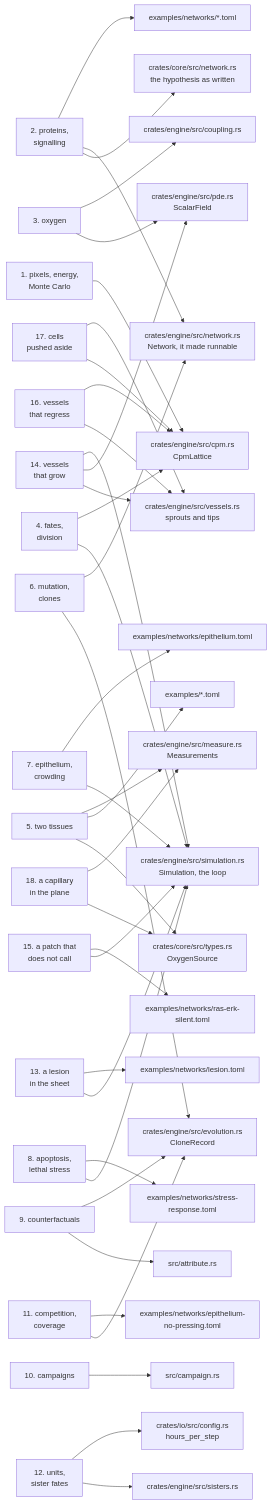
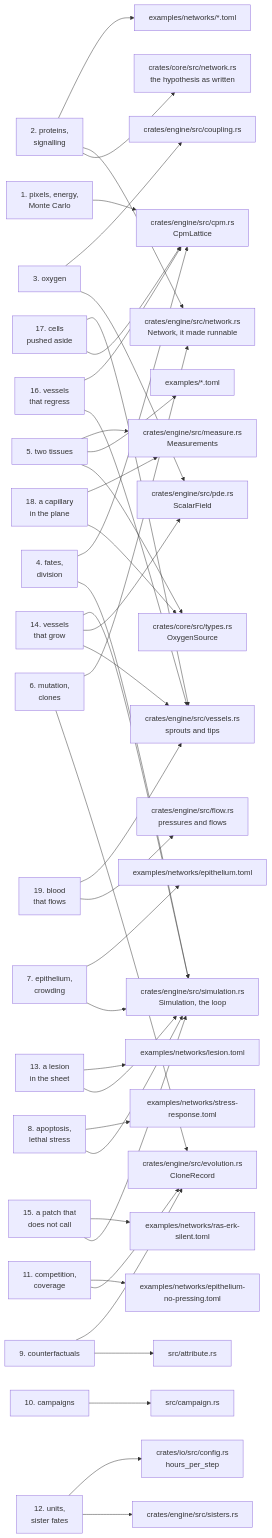
The diagram in docs/README.md (ngodzik/cellweave), drawn with Mermaid before and after one commit. The commit also changed other lines of this file and 14 other files, not shown here.

First line of the commit message:
Let blood flow where pressure drives it, by Poiseuille's law (#51)

````diff
--- a/docs/README.md
+++ b/docs/README.md
@@ -41,40 +42,42 @@
 ```mermaid
 flowchart LR
     c1["1. pixels, energy,<br/>Monte Carlo"] --> cpm["crates/engine/src/cpm.rs<br/>CpmLattice"]
     c2["2. proteins,<br/>signalling"] --> net["crates/core/src/network.rs<br/>the hypothesis as written"]
     c2 --> run["crates/engine/src/network.rs<br/>Network, it made runnable"]
     c2 --> files["examples/networks/*.toml"]
     c3["3. oxygen"] --> pde["crates/engine/src/pde.rs<br/>ScalarField"]
     c3 --> cpl["crates/engine/src/coupling.rs"]
     c4["4. fates,<br/>division"] --> sim["crates/engine/src/simulation.rs<br/>Simulation, the loop"]
     c4 --> cpm
     c5["5. two tissues"] --> cfg["crates/core/src/types.rs<br/>OxygenSource"]
     c5 --> ex["examples/*.toml"]
     c5 --> mea["crates/engine/src/measure.rs<br/>Measurements"]
     c6["6. mutation,<br/>clones"] --> evo["crates/engine/src/evolution.rs<br/>CloneRecord"]
     c6 --> run
     c7["7. epithelium,<br/>crowding"] --> sim
     c7 --> epi["examples/networks/epithelium.toml"]
     c8["8. apoptosis,<br/>lethal stress"] --> sim
     c8 --> str["examples/networks/stress-response.toml"]
     c9["9. counterfactuals"] --> att["src/attribute.rs"]
     c9 --> evo
     c10["10. campaigns"] --> camp["src/campaign.rs"]
     c11["11. competition,<br/>coverage"] --> evo
     c11 --> nop["examples/networks/epithelium-no-pressing.toml"]
     c12["12. units,<br/>sister fates"] --> sis["crates/engine/src/sisters.rs"]
     c12 --> conf["crates/io/src/config.rs<br/>hours_per_step"]
     c13["13. a lesion<br/>in the sheet"] --> sim
     c13 --> les["examples/networks/lesion.toml"]
     c14["14. vessels<br/>that grow"] --> ves["crates/engine/src/vessels.rs<br/>sprouts and tips"]
     c14 --> pde
     c14 --> sim
     c15["15. a patch that<br/>does not call"] --> sim
     c15 --> sil["examples/networks/ras-erk-silent.toml"]
     c16["16. vessels<br/>that regress"] --> ves
     c16 --> cpm
     c17["17. cells<br/>pushed aside"] --> cpm
     c17 --> ves
     c18["18. a capillary<br/>in the plane"] --> cfg
     c18 --> mea
+    c19["19. blood<br/>that flows"] --> flo["crates/engine/src/flow.rs<br/>pressures and flows"]
+    c19 --> ves
 ```
````
